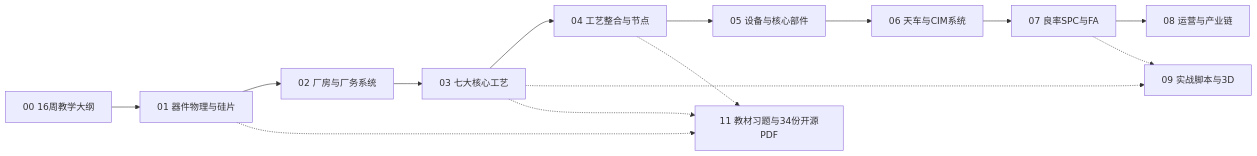
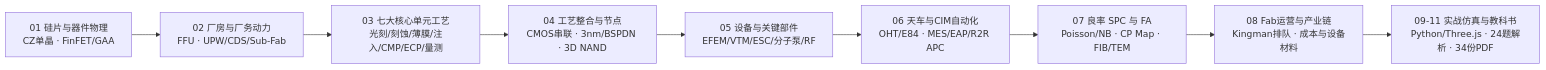
One commit to xinjing-MD/wafer-fab-handbook changed the diagram in README.md. Above: the diagram before and after it, drawn with Mermaid. The commit also changed other lines of this file and 31 other files, not shown here.

````diff
--- a/README.md
+++ b/README.md
@@ -14,16 +15,11 @@
 ```mermaid
 flowchart LR
-    S0["00 16周教学大纲"] --> S1["01 器件物理与硅片"]
-    S1 --> S2["02 厂房与厂务系统"]
-    S2 --> S3["03 七大核心工艺"]
-    S3 --> S4["04 工艺整合与节点"]
-    S4 --> S5["05 设备与核心部件"]
-    S5 --> S6["06 天车与CIM系统"]
-    S6 --> S7["07 良率SPC与FA"]
-    S7 --> S8["08 运营与产业链"]
-    S3 -.-> S9["09 实战脚本与3D"]
-    S7 -.-> S9
-    S1 -.-> S11["11 教材习题与34份开源PDF"]
-    S3 -.-> S11
-    S4 -.-> S11
+    A["01 硅片与器件物理<br/>CZ单晶 · FinFET/GAA"] --> B["02 厂房与厂务动力<br/>FFU · UPW/CDS/Sub-Fab"]
+    B --> C["03 七大核心单元工艺<br/>光刻/刻蚀/薄膜/注入/CMP/ECP/量测"]
+    C --> D["04 工艺整合与节点<br/>CMOS串联 · 3nm/BSPDN · 3D NAND"]
+    D --> E["05 设备与关键部件<br/>EFEM/VTM/ESC/分子泵/RF"]
+    E --> F["06 天车与CIM自动化<br/>OHT/E84 · MES/EAP/R2R APC"]
+    F --> G["07 良率 SPC 与 FA<br/>Poisson/NB · CP Map · FIB/TEM"]
+    G --> H["08 Fab运营与产业链<br/>Kingman排队 · 成本与设备材料"]
+    H --> I["09-11 实战仿真与教科书<br/>Python/Three.js · 24题解析 · 34份PDF"]
 ```
````
